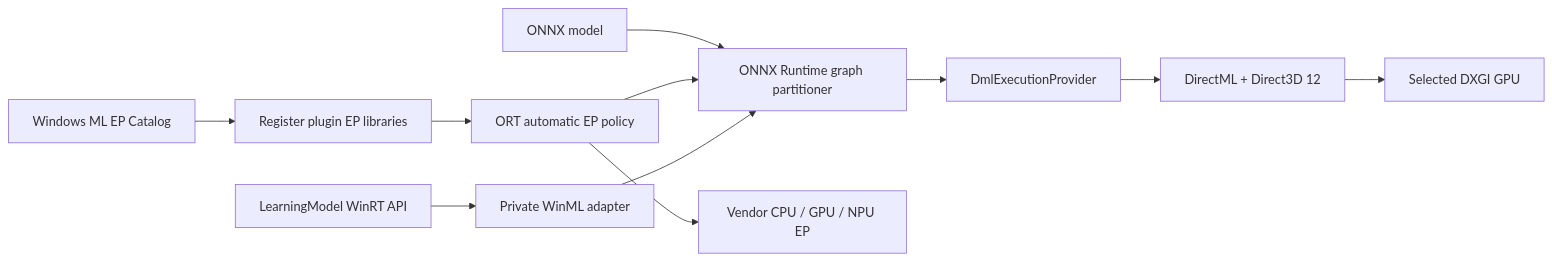
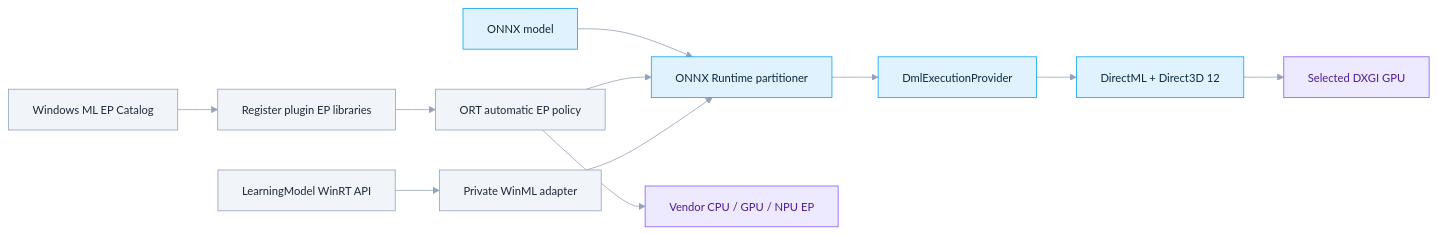
Before and after one commit to DakeQQ/Tutorial-ONNX-Runtime-Execution-Providers: the fourth of 12 diagrams in DirectML/README.md, drawn with Mermaid. The commit also changed other lines of this file and 15 other files, not shown here.

````diff
--- a/DirectML/README.md
+++ b/DirectML/README.md
@@ -102,15 +141,20 @@
 ```mermaid
+%%{init: {"theme":"base","themeVariables":{"fontSize":"14px","lineColor":"#94a3b8","edgeLabelBackground":"#e2e8f0","primaryTextColor":"#1e293b"}}}%%
 flowchart LR
-  MODEL["ONNX model"] --> ORT["ONNX Runtime graph partitioner"]
-  ORT --> DML["DmlExecutionProvider"]
-  DML --> D3D["DirectML + Direct3D 12"]
-  D3D --> GPU["Selected DXGI GPU"]
-
-  CATALOG["Windows ML EP Catalog"] --> REG["Register plugin EP libraries"]
-  REG --> AUTO["ORT automatic EP policy"]
+    MODEL["ONNX model"] --> ORT["ONNX Runtime partitioner"]
+    ORT --> DML["DmlExecutionProvider"]
+    DML --> D3D["DirectML + Direct3D 12"]
+    D3D --> GPU["Selected DXGI GPU"]
+    CATALOG["Windows ML EP Catalog"] --> REG["Register plugin EP libraries"]
+    REG --> AUTO["ORT automatic EP policy"]
     AUTO --> ORT
-  AUTO --> VENDOR["Vendor CPU / GPU / NPU EP"]
-
-  LEGACY["LearningModel WinRT API"] --> ADAPTER["Private WinML adapter"]
+    AUTO --> VENDOR["Vendor CPU / GPU / NPU EP"]
+    LEGACY["LearningModel WinRT API"] --> ADAPTER["Private WinML adapter"]
     ADAPTER --> ORT
+    classDef step fill:#e0f2fe,stroke:#0ea5e9,color:#0c2a3d;
+    classDef dev fill:#ede9fe,stroke:#8b5cf6,color:#4c1d95;
+    classDef note fill:#f1f5f9,stroke:#94a3b8,color:#1e293b;
+    class MODEL,ORT,DML,D3D step;
+    class GPU,VENDOR dev;
+    class CATALOG,REG,AUTO,LEGACY,ADAPTER note;
 ```
````
